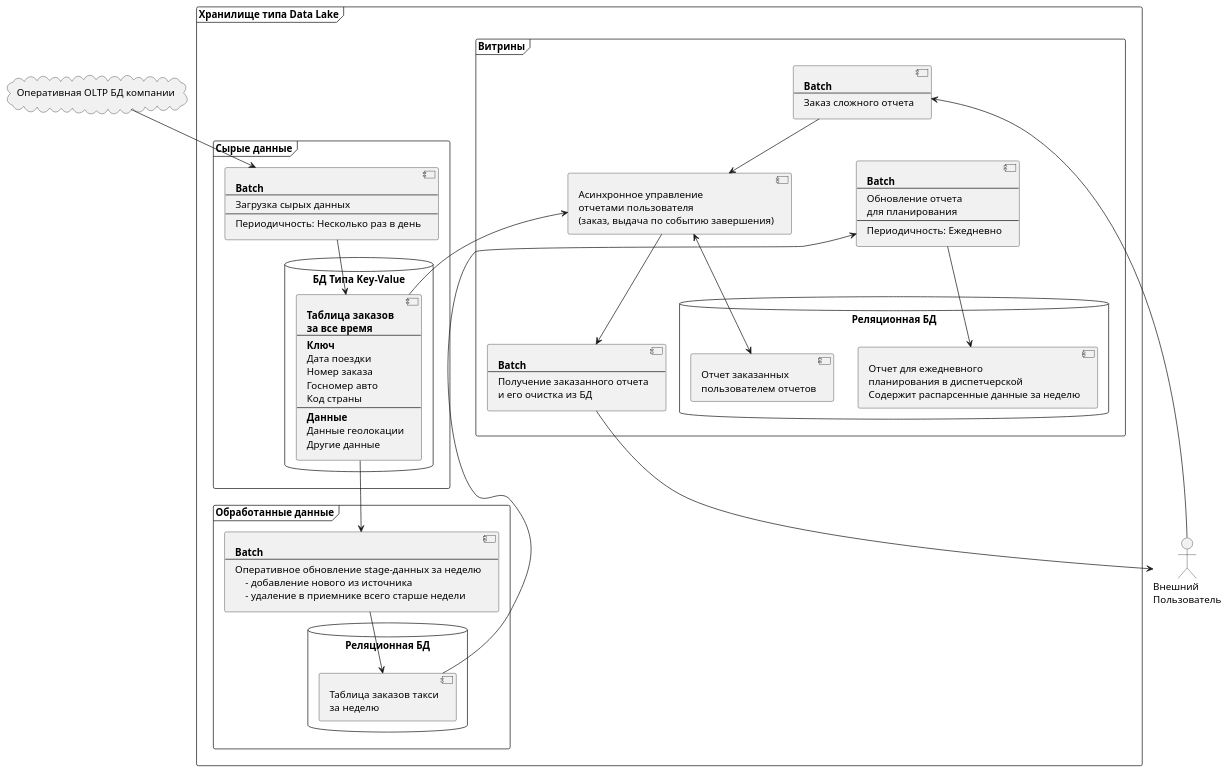
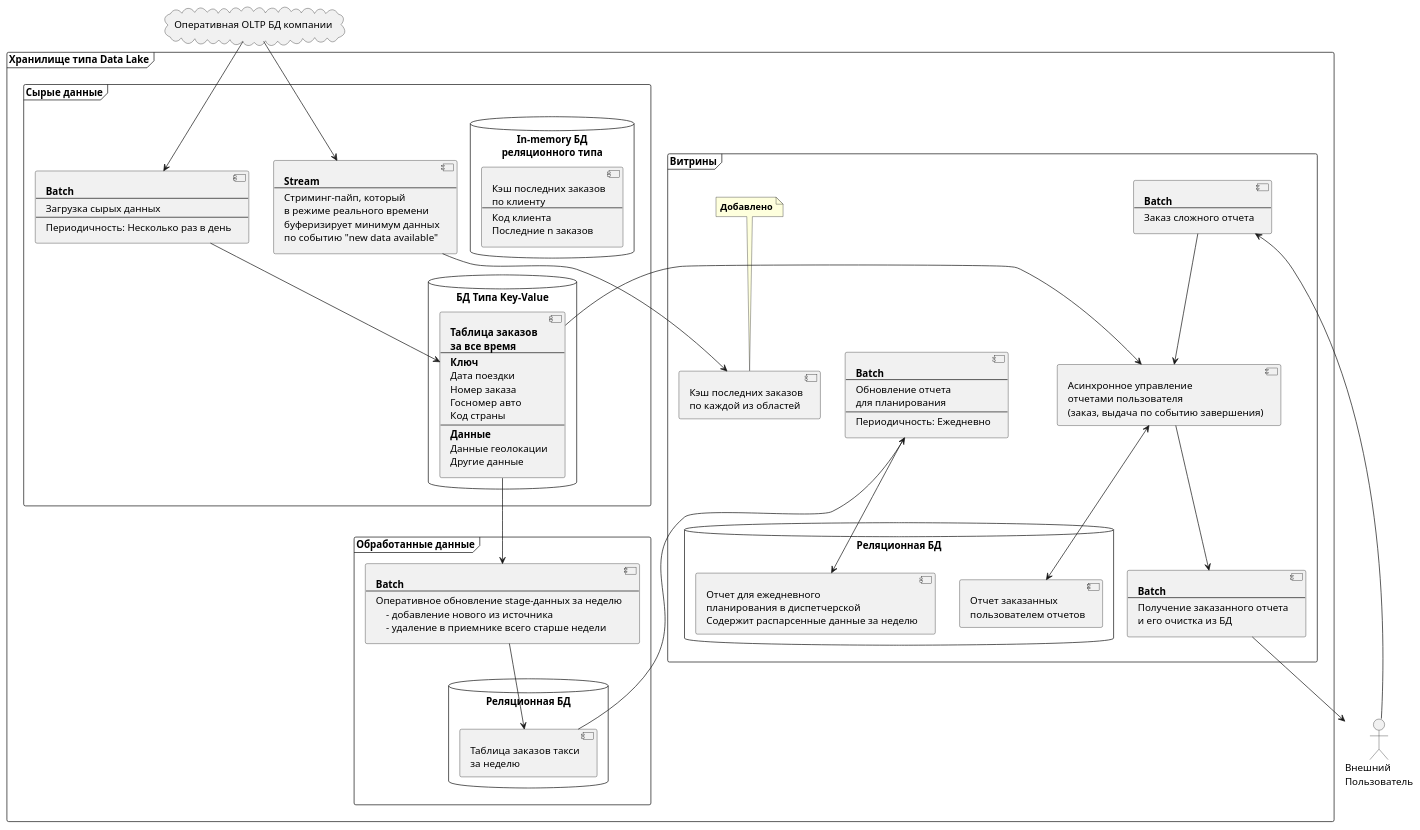
One commit to tol2000/dataengineerclub changed the diagram in home_exercises/ex2/datawarehouse_datalake.plantuml. Above: the diagram before and after it, drawn with PlantUML. The commit also changed 20 other files, not shown here.

```diff
--- a/home_exercises/ex2/datawarehouse_datalake.plantuml
+++ b/home_exercises/ex2/datawarehouse_datalake.plantuml
@@ -1,97 +1,122 @@
 @startuml DataWarehouse
 
 skinparam ComponentStyle uml2
 
 cloud "Оперативная OLTP БД компании" as cloud_oltp_orders {
 
 }
 
 Actor "Внешний\nПользователь" as extuser
 
 frame "Хранилище типа Data Lake" as frame_dlstor {
 
     frame "Витрины" as frame_dlstor_dm {
         component controller_extuser_reports [
             Асинхронное управление
             отчетами пользователя
             (заказ, выдача по событию завершения)
         ]
         database "Реляционная БД\n" as db_dm {
             component report_daily_plan [
                 Отчет для ежедневного
                 планирования в диспетчерской
                 Содержит распарсенные данные за неделю
             ]
             component report_extuser_reports [
                 Отчет заказанных
                 пользователем отчетов
             ]
         }
         component batch_report_daily_plan_refresh [
             **Batch**
             ----
             Обновление отчета
             для планирования
             ----
             Периодичность: Ежедневно
         ]
         component batch_extuser_report_order [
             **Batch**
             ----
             Заказ сложного отчета
         ]
         component batch_extuser_report_delivery [
             **Batch**
             ----
             Получение заказанного отчета
             и его очистка из БД
         ]
+        component tbl_last_orders_cache [
+            Кэш последних заказов
+            по каждой из областей
+        ]
+        note top of tbl_last_orders_cache: **Добавлено**
     }
 
     frame "Обработанные данные" as frame_dlstor_stage {
         database "Реляционная БД\n" as db_stage {
             [Таблица заказов такси\nза неделю] as tbl_staged_orders_week
         }
         component batch_tbl_orders_week_refresh [
             **Batch**
             ----
             Оперативное обновление stage-данных за неделю
                 - добавление нового из источника
                 - удаление в приемнике всего старше недели
         ]
     }
 
     frame "Сырые данные" as frame_dlstor_raw {
         database "БД Типа Key-Value" as db_raw {
             [**Таблица заказов**\n**за все время**\n----\n**Ключ**\nДата поездки\nНомер заказа\nГосномер авто\nКод страны\n----\n**Данные**\nДанные геолокации\nДругие данные] as tbl_raw_orders
         }
         component batch_raw_load [
             **Batch**
             ----
             Загрузка сырых данных
             ----
             Периодичность: Несколько раз в день
         ]
+        database "In-memory БД\nреляционного типа" as db_cache {
+            component tbl_cache_orders [
+                Кэш последних заказов
+                по клиенту
+                ----
+                Код клиента
+                Последние n заказов
+            ]
+        }
+        component stream_cache_proc [
+            **Stream**
+            ----
+            Стриминг-пайп, который
+            в режиме реального времени
+            буферизирует минимум данных
+            по событию "new data available"
+        ]
     }
 
     cloud_oltp_orders --> batch_raw_load
 
     batch_raw_load --> tbl_raw_orders
 
     tbl_raw_orders --> batch_tbl_orders_week_refresh
     batch_tbl_orders_week_refresh --> tbl_staged_orders_week
 
     tbl_staged_orders_week --> batch_report_daily_plan_refresh
     batch_report_daily_plan_refresh --> report_daily_plan
 
     extuser --> batch_extuser_report_order
     batch_extuser_report_order --> controller_extuser_reports
     
     controller_extuser_reports <-- tbl_raw_orders
     controller_extuser_reports <--> report_extuser_reports
 
     controller_extuser_reports --> batch_extuser_report_delivery
     batch_extuser_report_delivery --> extuser
 
+    cloud_oltp_orders --> stream_cache_proc
+    stream_cache_proc --> tbl_last_orders_cache
+
 }
 @enduml
```
